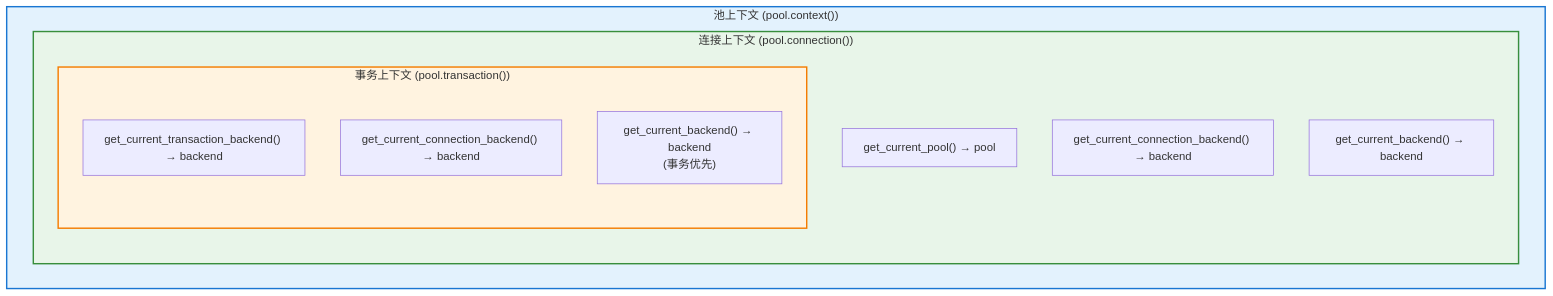
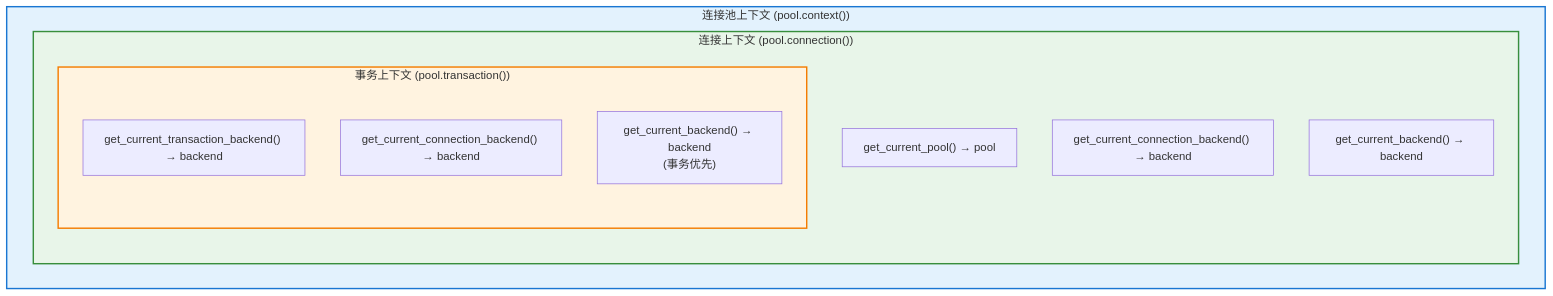
One commit to rhosocial/python-activerecord changed the fourth of 5 diagrams in docs/zh_CN/connection/connection_pool.md. Above: the diagram before and after it, drawn with Mermaid. The commit also changed other lines of this file and 200 other files, not shown here.

````diff
--- a/docs/zh_CN/connection/connection_pool.md
+++ b/docs/zh_CN/connection/connection_pool.md
@@ -276,19 +359,19 @@
 ```mermaid
 graph TB
-    subgraph PoolContext["池上下文 (pool.context())"]
+    subgraph PoolContext["连接池上下文 (pool.context())"]
         subgraph ConnectionContext["连接上下文 (pool.connection())"]
             POOL1["get_current_pool() → pool"]
             CONN1["get_current_connection_backend() → backend"]
             CURR1["get_current_backend() → backend"]
             subgraph TransactionContext["事务上下文 (pool.transaction())"]
                 TX["get_current_transaction_backend() → backend"]
                 CONN2["get_current_connection_backend() → backend"]
                 CURR2["get_current_backend() → backend<br/>(事务优先)"]
             end
         end
     end
 
     style PoolContext fill:#e3f2fd,stroke:#1976d2,stroke-width:2px
     style ConnectionContext fill:#e8f5e9,stroke:#388e3c,stroke-width:2px
     style TransactionContext fill:#fff3e0,stroke:#f57c00,stroke-width:2px
 ```
````
